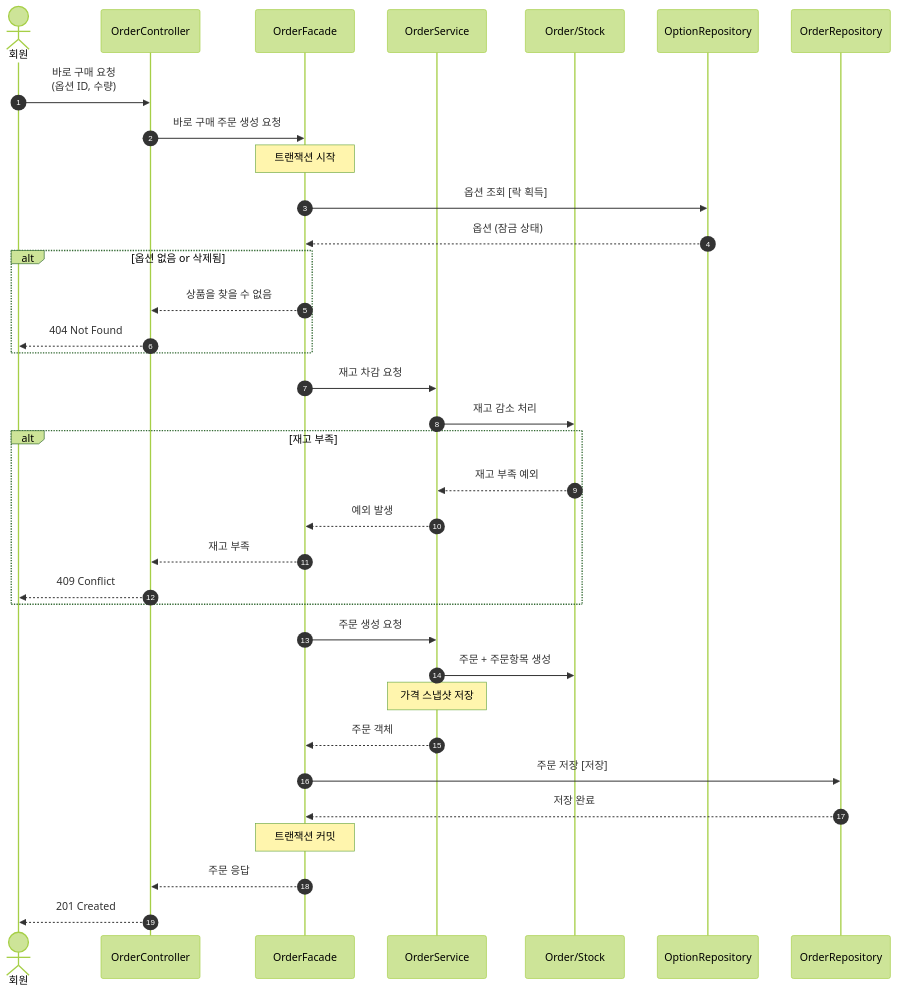
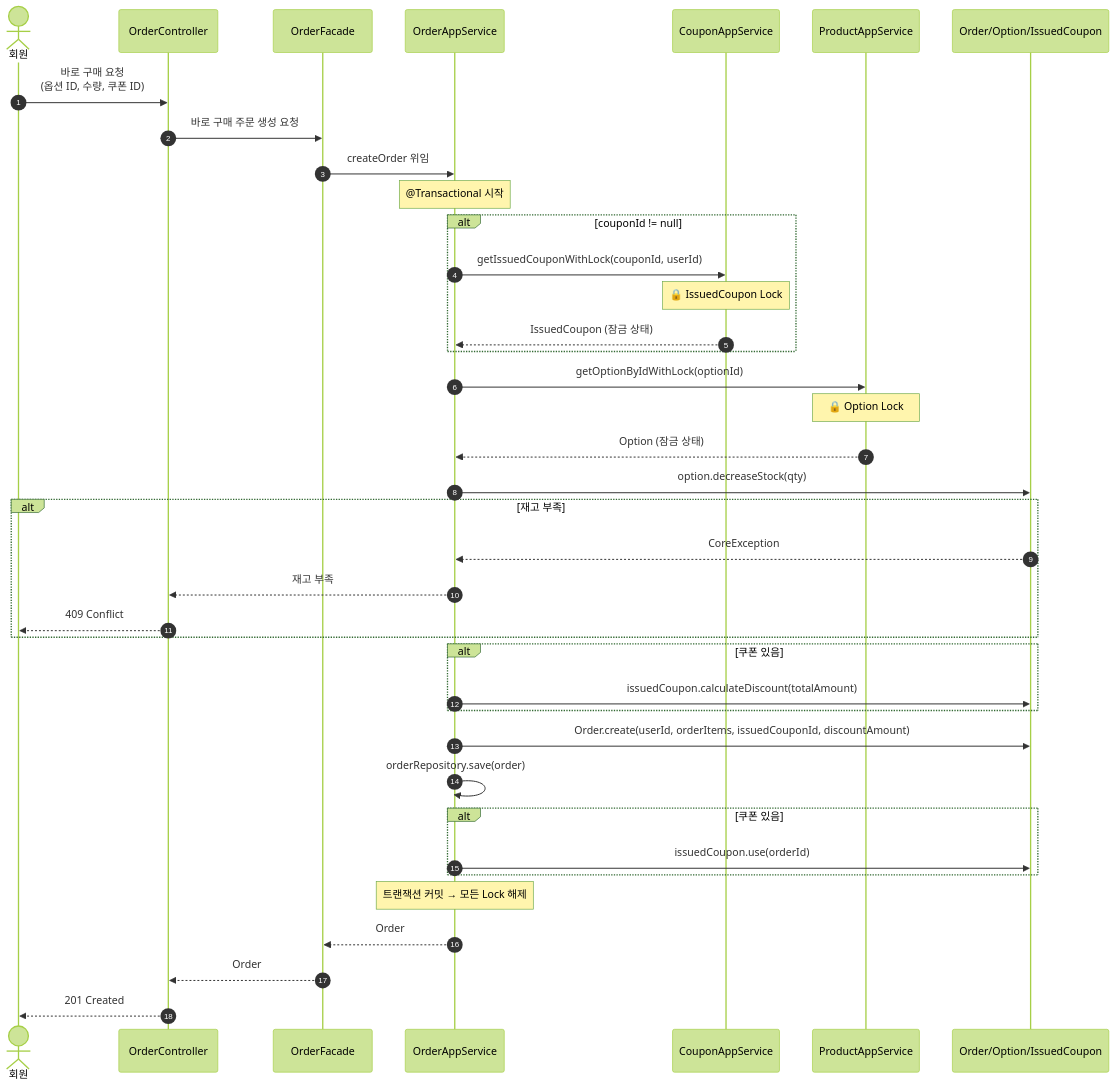
Before and after one commit to Loopers-dev-lab/loop-pack-be-l2-vol3-java: diagram 12 of 14 in docs/design/02-sequence-diagrams.md, drawn with Mermaid (forest theme). The commit also changed other lines of this file and 2 other files, not shown here.

````diff
--- a/docs/design/02-sequence-diagrams.md
+++ b/docs/design/02-sequence-diagrams.md
@@ -756,49 +743,53 @@
 ```mermaid
 sequenceDiagram
     autonumber
     actor 회원
     participant Controller as OrderController
     participant Facade as OrderFacade
-    participant Service as OrderService
-    participant Domain as Order/Stock
-    participant OptionRepo as OptionRepository
-    participant OrderRepo as OrderRepository
+    participant OrderAS as OrderAppService
+    participant CouponAS as CouponAppService
+    participant ProductAS as ProductAppService
+    participant Domain as Order/Option/IssuedCoupon
 
-    회원->>Controller: 바로 구매 요청<br/>(옵션 ID, 수량)
+    회원->>Controller: 바로 구매 요청<br/>(옵션 ID, 수량, 쿠폰 ID)
     Controller->>Facade: 바로 구매 주문 생성 요청
+    Facade->>OrderAS: createOrder 위임
 
-    Note over Facade: 트랜잭션 시작
+    Note over OrderAS: @Transactional 시작
 
-    %% 1. 옵션 조회 (Lock)
-    Facade->>OptionRepo: 옵션 조회 [락 획득]
-    OptionRepo-->>Facade: 옵션 (잠금 상태)
-
-    alt 옵션 없음 or 삭제됨
-        Facade-->>Controller: 상품을 찾을 수 없음
-        Controller-->>회원: 404 Not Found
+    %% 1. 쿠폰 락 획득 (Lock Ordering: 1순위)
+    alt couponId != null
+        OrderAS->>CouponAS: getIssuedCouponWithLock(couponId, userId)
+        Note over CouponAS: 🔒 IssuedCoupon Lock
+        CouponAS-->>OrderAS: IssuedCoupon (잠금 상태)
     end
 
-    %% 2. 재고 차감
-    Facade->>Service: 재고 차감 요청
-    Service->>Domain: 재고 감소 처리
+    %% 2. 옵션 락 획득 + 재고 차감 (Lock Ordering: 2순위)
+    OrderAS->>ProductAS: getOptionByIdWithLock(optionId)
+    Note over ProductAS: 🔒 Option Lock
+    ProductAS-->>OrderAS: Option (잠금 상태)
+    OrderAS->>Domain: option.decreaseStock(qty)
     alt 재고 부족
-        Domain-->>Service: 재고 부족 예외
-        Service-->>Facade: 예외 발생
-        Facade-->>Controller: 재고 부족
+        Domain-->>OrderAS: CoreException
+        OrderAS-->>Controller: 재고 부족
         Controller-->>회원: 409 Conflict
     end
 
-    %% 3. 주문 생성 + 스냅샷
-    Facade->>Service: 주문 생성 요청
-    Service->>Domain: 주문 + 주문항목 생성
-    Note over Service: 가격 스냅샷 저장
-    Service-->>Facade: 주문 객체
+    %% 3. 할인 계산 + 주문 생성
+    alt 쿠폰 있음
+        OrderAS->>Domain: issuedCoupon.calculateDiscount(totalAmount)
+    end
+    OrderAS->>Domain: Order.create(userId, orderItems, issuedCouponId, discountAmount)
+    OrderAS->>OrderAS: orderRepository.save(order)
 
-    Facade->>OrderRepo: 주문 저장 [저장]
-    OrderRepo-->>Facade: 저장 완료
+    %% 4. 쿠폰 사용 처리
+    alt 쿠폰 있음
+        OrderAS->>Domain: issuedCoupon.use(orderId)
+    end
 
-    Note over Facade: 트랜잭션 커밋
+    Note over OrderAS: 트랜잭션 커밋 → 모든 Lock 해제
 
-    Facade-->>Controller: 주문 응답
+    OrderAS-->>Facade: Order
+    Facade-->>Controller: Order
     Controller-->>회원: 201 Created
 ```
````
